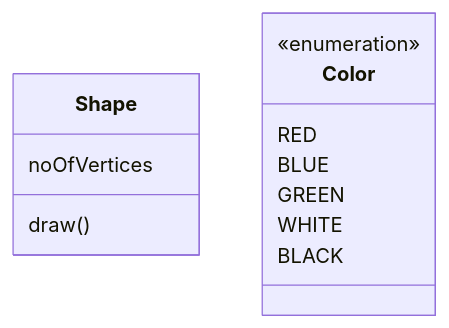
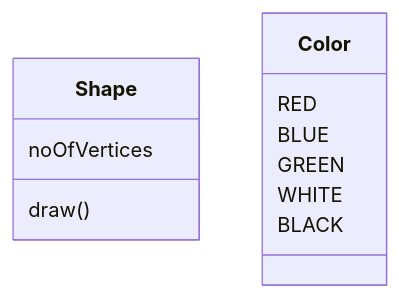
Before and after one commit to anchung/ob-technical: the diagram in src/site/notes/Books/2024/Java In a Nutshell/Chapter 8 - Working with Java Collections 1.md, drawn with Mermaid.

Commit message:
Published multiple files

````diff
--- a/src/site/notes/Books/2024/Java In a Nutshell/Chapter 8 - Working with Java Collections 1.md
+++ b/src/site/notes/Books/2024/Java In a Nutshell/Chapter 8 - Working with Java Collections 1.md
@@ -9,15 +9,14 @@
 ```mermaid
 classDiagram
 class Shape{
     noOfVertices
     draw()
 }
 class Color{
-    <<enumeration>>
     RED
     BLUE
     GREEN
     WHITE
     BLACK
 }
 ```
````
